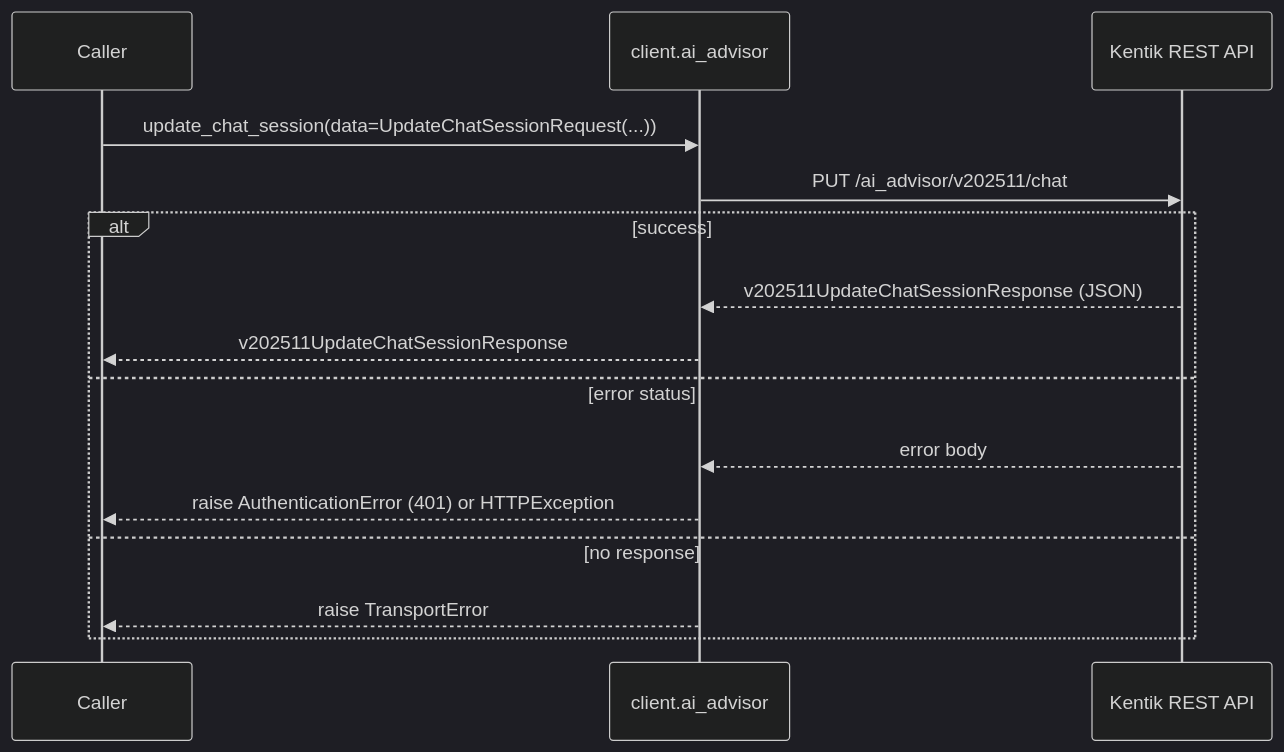
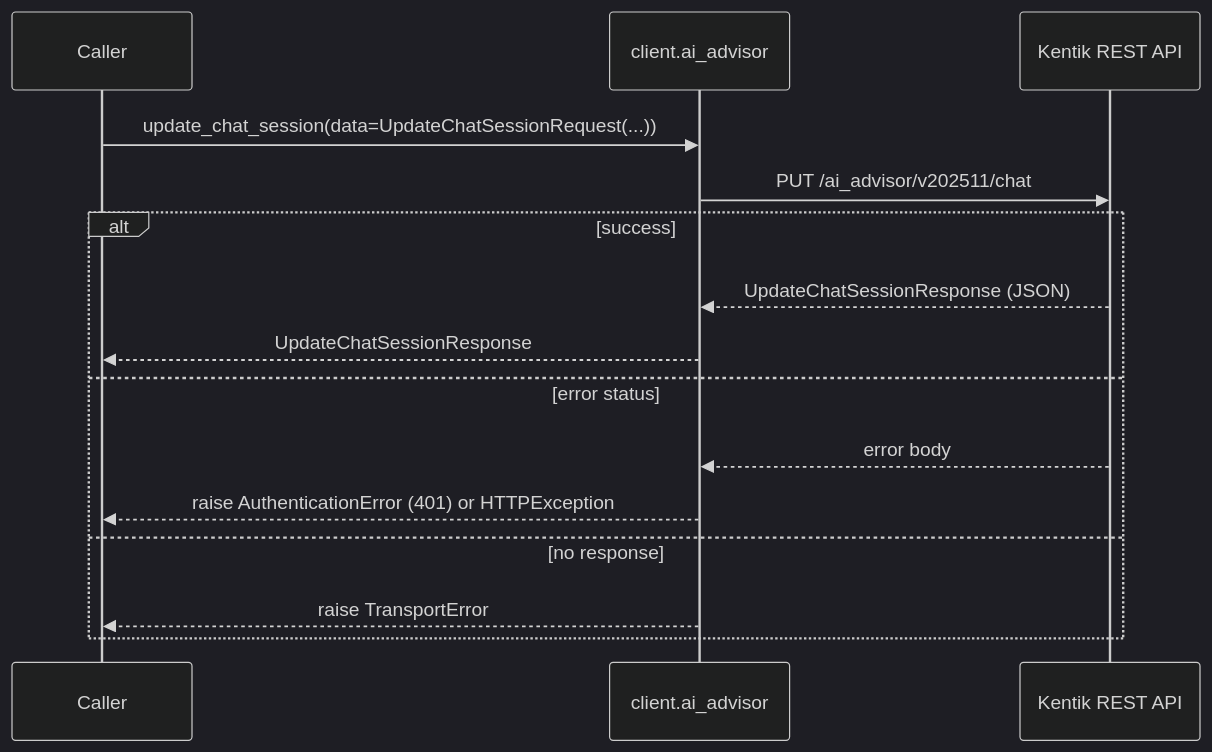
One commit to alexdearaujo/community_sdk_python changed the fourth of 8 diagrams in docs/sphinx/services/ai_advisor.md. Above: the diagram before and after it, drawn with Mermaid (dark theme). The commit also changed other lines of this file and 38 other files, not shown here.

````diff
--- a/docs/sphinx/services/ai_advisor.md
+++ b/docs/sphinx/services/ai_advisor.md
@@ -114,18 +114,18 @@
 ```mermaid
 sequenceDiagram
     participant C as Caller
     participant W as client.ai_advisor
     participant API as Kentik REST API
 
     C->>W: update_chat_session(data=UpdateChatSessionRequest(...))
     W->>API: PUT /ai_advisor/v202511/chat
     alt success
-        API-->>W: v202511UpdateChatSessionResponse (JSON)
-        W-->>C: v202511UpdateChatSessionResponse
+        API-->>W: UpdateChatSessionResponse (JSON)
+        W-->>C: UpdateChatSessionResponse
     else error status
         API-->>W: error body
         W-->>C: raise AuthenticationError (401) or HTTPException
     else no response
         W-->>C: raise TransportError
     end
 ```
````
